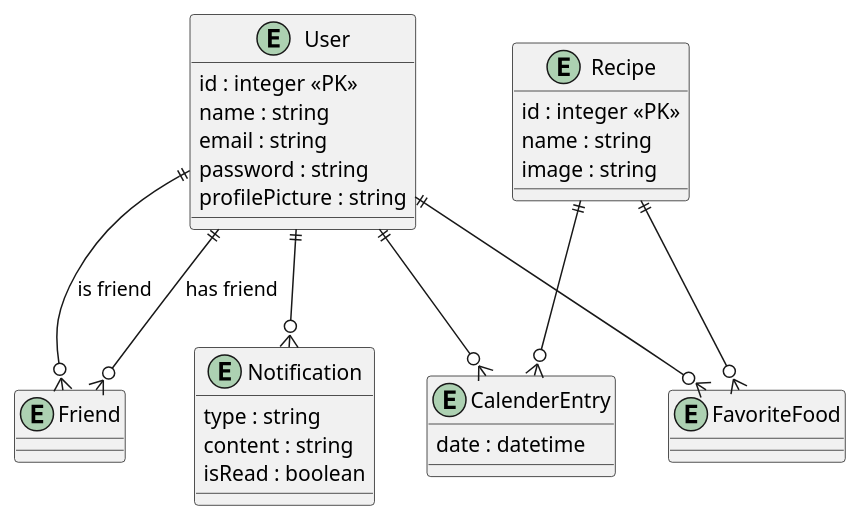
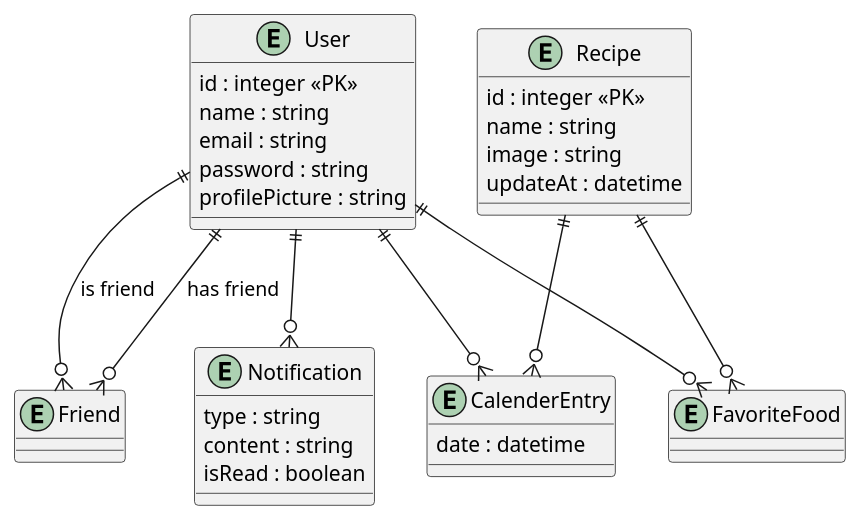
Before and after one commit to 2526-wmc-3bhif-classroom-org/sommerprojekt-wmc-forkcast: the diagram in erd.puml, drawn with PlantUML.

Commit message:
Add updateAt field to Recipe entity

```diff
--- a/erd.puml
+++ b/erd.puml
@@ -1,44 +1,45 @@
 @startuml
 
 entity "User" {
   id : integer <<PK>>
   name : string
   email : string
   password : string
   profilePicture : string
 }
 
 entity "Friend" {
 }
 
 entity "Notification" {
   type : string
   content : string
   isRead : boolean
 }
 
 entity "Recipe" {
   id : integer <<PK>>
   name : string
   image : string
+  updateAt : datetime
 }
 
 entity "CalenderEntry" {
   date : datetime
 }
 
 entity "FavoriteFood" {
 }
 
 User ||--o{ CalenderEntry
 Recipe ||--o{ CalenderEntry
 
 User ||--o{ FavoriteFood
 Recipe ||--o{ FavoriteFood
 
 User ||--o{ Notification
 
 User ||--o{ Friend : has friend
 User ||--o{ Friend : is friend
 
 @enduml
```
